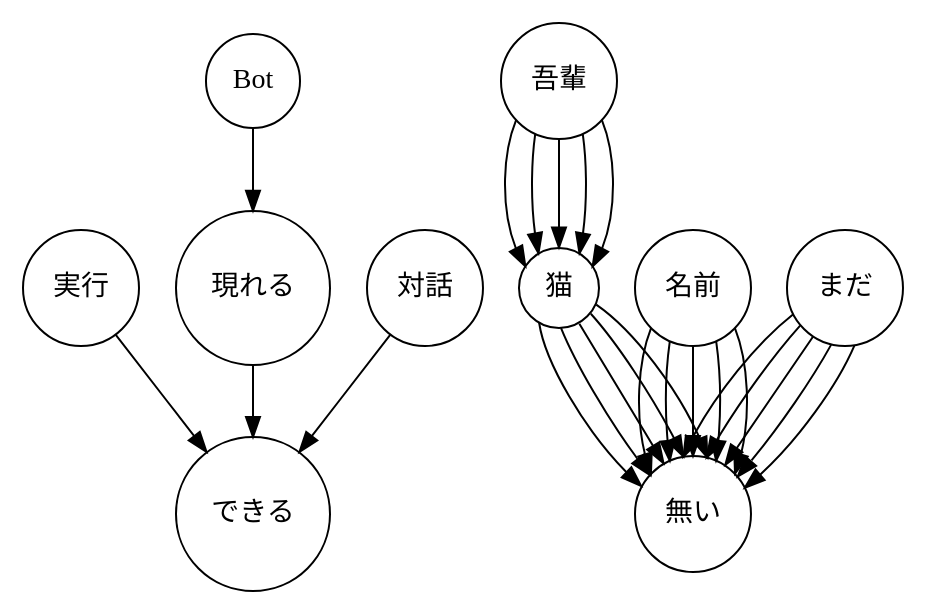
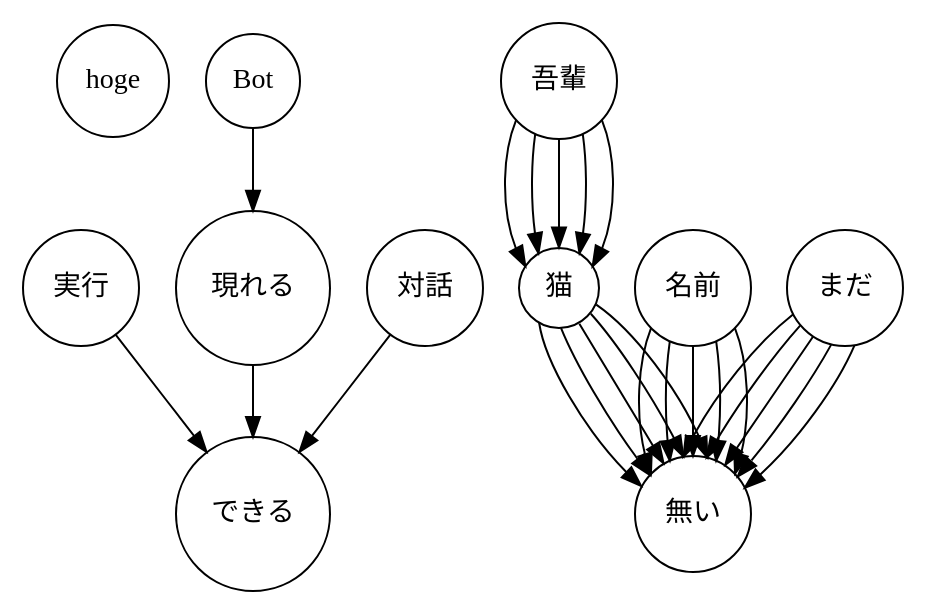
One commit to d0iasm/graph-docs changed the diagram in dest/merge.dot. Above: the diagram before and after it, drawn with Graphviz. The commit also changed 5 other files, not shown here.

```diff
--- a/dest/merge.dot
+++ b/dest/merge.dot
@@ -3,8 +3,17 @@
 	node [label="\N",
 		shape=circle
 	];
+	{
+		node [label="\N",
+			shape=circle
+		];
+		hoge		 [height=0.77632,
+			label=hoge,
+			pos="46,255",
+			width=0.77632];
+	}
 	subgraph root {
-		graph [bb="0,0,440.25,283.39"];
+		graph [bb="0,0,440,284"];
 		node [height="",
 			label="\N",
 			pos="",
@@ -12,42 +21,8 @@
 			width=""
 		];
 		edge [pos=""];
-		{
-			graph [bb="0,0,440.25,283.39"];
-			node [height="",
-				label="\N",
-				pos="",
-				shape=circle,
-				width=""
-			];
-			edge [pos=""];
-			実行			 [height=0.80556,
-				label=実行,
-				pos="29,151.5",
-				width=0.80556];
-			できる			 [height=1.0694,
-				label=できる,
-				pos="115,38.5",
-				width=1.0694];
-			実行 -> できる			 [pos="e,91.752,69.506 46.403,128.04 57.623,113.56 72.498,94.357 85.528,77.54"];
-			Bot			 [height=0.65278,
-				label=Bot,
-				pos="115,255",
-				width=0.65278];
-			現れる			 [height=1.0694,
-				label=現れる,
-				pos="115,151.5",
-				width=1.0694];
-			Bot -> 現れる			 [pos="e,115,190.11 115,231.47 115,222.27 115,211.25 115,200.4"];
-			現れる -> できる			 [pos="e,115,77.041 115,112.92 115,104.69 115,95.877 115,87.31"];
-			対話			 [height=0.80556,
-				label=対話,
-				pos="201,151.5",
-				width=0.80556];
-			対話 -> できる			 [pos="e,138.25,69.506 183.6,128.04 172.38,113.56 157.5,94.357 144.47,77.54"];
-		}
 		subgraph root {
-			graph [bb="0,0,201,246"];
+			graph [bb="0,0,440,284"];
 			node [height="",
 				label="\N",
 				pos="",
@@ -56,7 +31,7 @@
 			];
 			edge [pos=""];
 			subgraph root {
-				graph [bb="0,0,201,246"];
+				graph [bb="0,0,440.25,283.39"];
 				node [height="",
 					label="\N",
 					pos="",
@@ -65,7 +40,7 @@
 				];
 				edge [pos=""];
 				{
-					graph [bb="0,0,201,246"];
+					graph [bb="0,0,440.25,283.39"];
 					node [height="",
 						label="\N",
 						pos="",
@@ -73,30 +48,30 @@
 						width=""
 					];
 					edge [pos=""];
-					吾輩					 [height=0.80556,
-						label=吾輩,
-						pos="268,255",
+					実行					 [height=0.80556,
+						label=実行,
+						pos="29,151.5",
 						width=0.80556];
-					猫					 [height=0.55556,
-						label=猫,
-						pos="268,151.5",
-						width=0.55556];
-					吾輩 -> 猫					 [pos="e,251.18,162.38 246.54,235.38 239.2,217.23 239.15,189.75 246.4,171.47"];
-					無い					 [height=0.80556,
-						label=無い,
-						pos="335,38.5",
+					できる					 [height=1.0694,
+						label=できる,
+						pos="115,38.5",
+						width=1.0694];
+					実行 -> できる					 [pos="e,91.752,69.506 46.403,128.04 57.623,113.56 72.498,94.357 85.528,77.54"];
+					Bot					 [height=0.65278,
+						label=Bot,
+						pos="115,255",
+						width=0.65278];
+					現れる					 [height=1.0694,
+						label=現れる,
+						pos="115,151.5",
+						width=1.0694];
+					Bot -> 現れる					 [pos="e,115,190.11 115,231.47 115,222.27 115,211.25 115,200.4"];
+					現れる -> できる					 [pos="e,115,77.041 115,112.92 115,104.69 115,95.877 115,87.31"];
+					対話					 [height=0.80556,
+						label=対話,
+						pos="201,151.5",
 						width=0.80556];
-					猫 -> 無い					 [pos="e,309.05,52.478 258.06,134.12 261,114.27 280.69,80.831 301.62,59.482"];
-					名前					 [height=0.80556,
-						label=名前,
-						pos="335,151.5",
-						width=0.80556];
-					名前 -> 無い					 [pos="e,313.98,58.704 314.03,131.42 307.2,114.11 306.17,88.326 310.95,68.471"];
-					まだ					 [height=0.80556,
-						label=まだ,
-						pos="411,151.5",
-						width=0.80556];
-					まだ -> 無い					 [pos="e,330.24,67.205 385.12,138.41 366.32,123.63 346.06,97.924 334.67,76.424"];
+					対話 -> できる					 [pos="e,138.25,69.506 183.6,128.04 172.38,113.56 157.5,94.357 144.47,77.54"];
 				}
 				subgraph root {
 					graph [bb="0,0,201,246"];
@@ -107,25 +82,6 @@
 						width=""
 					];
 					edge [pos=""];
-					{
-						graph [bb="0,0,201,246"];
-						node [height="",
-							label="\N",
-							pos="",
-							shape=circle,
-							width=""
-						];
-						edge [pos=""];
-						吾輩;
-						猫;
-						吾輩 -> 猫						 [pos="e,257.75,168.89 256.1,228.39 254,213.21 253.97,194.03 256.01,178.75"];
-						無い;
-						猫 -> 無い						 [pos="e,313.5,57.964 269.03,131.42 276.35,113.41 292.33,86.248 307.21,66.115"];
-						名前;
-						名前 -> 無い						 [pos="e,323.42,65.105 323.4,124.76 321.32,110.05 320.95,91.376 322.29,75.26"];
-						まだ;
-						まだ -> 無い						 [pos="e,341.9,66.834 388.56,132.67 374.82,117.32 358.5,94.71 346.98,75.604"];
-					}
 					subgraph root {
 						graph [bb="0,0,201,246"];
 						node [height="",
@@ -144,15 +100,30 @@
 								width=""
 							];
 							edge [pos=""];
-							吾輩;
-							猫;
-							吾輩 -> 猫							 [pos="e,268,171.74 268,226 268,212.25 268,195.69 268,181.78"];
-							無い;
-							猫 -> 無い							 [pos="e,320.25,63.943 278.18,133.64 287.93,117.48 302.93,92.626 315.07,72.516"];
-							名前;
-							名前 -> 無い							 [pos="e,335,67.501 335,122.49 335,108.95 335,92.489 335,77.809"];
-							まだ;
-							まだ -> 無い							 [pos="e,351.17,63.121 395.07,127.23 384,111.06 369.1,89.302 356.91,71.5"];
+							吾輩							 [height=0.80556,
+								label=吾輩,
+								pos="268,255",
+								width=0.80556];
+							猫							 [height=0.55556,
+								label=猫,
+								pos="268,151.5",
+								width=0.55556];
+							吾輩 -> 猫							 [pos="e,251.18,162.38 246.54,235.38 239.2,217.23 239.15,189.75 246.4,171.47"];
+							無い							 [height=0.80556,
+								label=無い,
+								pos="335,38.5",
+								width=0.80556];
+							猫 -> 無い							 [pos="e,309.05,52.478 258.06,134.12 261,114.27 280.69,80.831 301.62,59.482"];
+							名前							 [height=0.80556,
+								label=名前,
+								pos="335,151.5",
+								width=0.80556];
+							名前 -> 無い							 [pos="e,313.98,58.704 314.03,131.42 307.2,114.11 306.17,88.326 310.95,68.471"];
+							まだ							 [height=0.80556,
+								label=まだ,
+								pos="411,151.5",
+								width=0.80556];
+							まだ -> 無い							 [pos="e,330.24,67.205 385.12,138.41 366.32,123.63 346.06,97.924 334.67,76.424"];
 						}
 						subgraph root {
 							graph [bb="0,0,201,246"];
@@ -174,16 +145,16 @@
 								edge [pos=""];
 								吾輩;
 								猫;
-								吾輩 -> 猫								 [pos="e,278.25,168.89 279.9,228.39 282,213.21 282.03,194.03 279.99,178.75"];
+								吾輩 -> 猫								 [pos="e,257.75,168.89 256.1,228.39 254,213.21 253.97,194.03 256.01,178.75"];
 								無い;
-								猫 -> 無い								 [pos="e,330.09,67.322 283.91,138.62 297.23,123.84 314.23,97.915 325.59,76.284"];
+								猫 -> 無い								 [pos="e,313.5,57.964 269.03,131.42 276.35,113.41 292.33,86.248 307.21,66.115"];
 								名前;
-								名前 -> 無い								 [pos="e,346.58,65.105 346.6,124.76 348.68,110.05 349.05,91.376 347.71,75.26"];
+								名前 -> 無い								 [pos="e,323.42,65.105 323.4,124.76 321.32,110.05 320.95,91.376 322.29,75.26"];
 								まだ;
-								まだ -> 無い								 [pos="e,357.39,57.273 404.04,123.06 394.25,105.41 378.57,82.611 364.27,65.289"];
+								まだ -> 無い								 [pos="e,341.9,66.834 388.56,132.67 374.82,117.32 358.5,94.71 346.98,75.604"];
 							}
 							subgraph root {
-								graph [bb="0,0,201.49,247.48"];
+								graph [bb="0,0,201,246"];
 								node [height="",
 									label="\N",
 									pos="",
@@ -192,7 +163,7 @@
 								];
 								edge [pos=""];
 								{
-									graph [bb="0,0,201.49,247.48"];
+									graph [bb="0,0,201,246"];
 									node [height="",
 										label="\N",
 										pos="",
@@ -202,13 +173,71 @@
 									edge [pos=""];
 									吾輩;
 									猫;
-									吾輩 -> 猫									 [pos="e,284.82,162.38 289.46,235.38 296.8,217.23 296.85,189.75 289.6,171.47"];
+									吾輩 -> 猫									 [pos="e,268,171.74 268,226 268,212.25 268,195.69 268,181.78"];
 									無い;
-									猫 -> 無い									 [pos="e,342.16,66.76 286.63,143.22 306.05,129.82 327.57,100.44 338.35,76.357"];
+									猫 -> 無い									 [pos="e,320.25,63.943 278.18,133.64 287.93,117.48 302.93,92.626 315.07,72.516"];
 									名前;
-									名前 -> 無い									 [pos="e,356.02,58.704 355.97,131.42 362.8,114.11 363.83,88.326 359.05,68.471"];
+									名前 -> 無い									 [pos="e,335,67.501 335,122.49 335,108.95 335,92.489 335,77.809"];
 									まだ;
-									まだ -> 無い									 [pos="e,360.92,51.615 415.75,122.78 407.11,102.6 387.79,75.812 368.55,58.136"];
+									まだ -> 無い									 [pos="e,351.17,63.121 395.07,127.23 384,111.06 369.1,89.302 356.91,71.5"];
+								}
+								subgraph root {
+									graph [bb="0,0,201,246"];
+									node [height="",
+										label="\N",
+										pos="",
+										shape=circle,
+										width=""
+									];
+									edge [pos=""];
+									{
+										graph [bb="0,0,201,246"];
+										node [height="",
+											label="\N",
+											pos="",
+											shape=circle,
+											width=""
+										];
+										edge [pos=""];
+										吾輩;
+										猫;
+										吾輩 -> 猫										 [pos="e,278.25,168.89 279.9,228.39 282,213.21 282.03,194.03 279.99,178.75"];
+										無い;
+										猫 -> 無い										 [pos="e,330.09,67.322 283.91,138.62 297.23,123.84 314.23,97.915 325.59,76.284"];
+										名前;
+										名前 -> 無い										 [pos="e,346.58,65.105 346.6,124.76 348.68,110.05 349.05,91.376 347.71,75.26"];
+										まだ;
+										まだ -> 無い										 [pos="e,357.39,57.273 404.04,123.06 394.25,105.41 378.57,82.611 364.27,65.289"];
+									}
+									subgraph root {
+										graph [bb="0,0,201.49,247.48"];
+										node [height="",
+											label="\N",
+											pos="",
+											shape=circle,
+											width=""
+										];
+										edge [pos=""];
+										{
+											graph [bb="0,0,201.49,247.48"];
+											node [height="",
+												label="\N",
+												pos="",
+												shape=circle,
+												width=""
+											];
+											edge [pos=""];
+											吾輩;
+											猫;
+											吾輩 -> 猫											 [pos="e,284.82,162.38 289.46,235.38 296.8,217.23 296.85,189.75 289.6,171.47"];
+											無い;
+											猫 -> 無い											 [pos="e,342.16,66.76 286.63,143.22 306.05,129.82 327.57,100.44 338.35,76.357"];
+											名前;
+											名前 -> 無い											 [pos="e,356.02,58.704 355.97,131.42 362.8,114.11 363.83,88.326 359.05,68.471"];
+											まだ;
+											まだ -> 無い											 [pos="e,360.92,51.615 415.75,122.78 407.11,102.6 387.79,75.812 368.55,58.136"];
+										}
+									}
 								}
 							}
 						}
```
